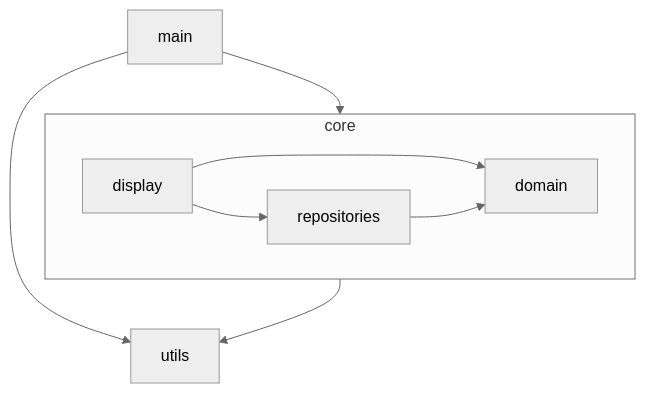
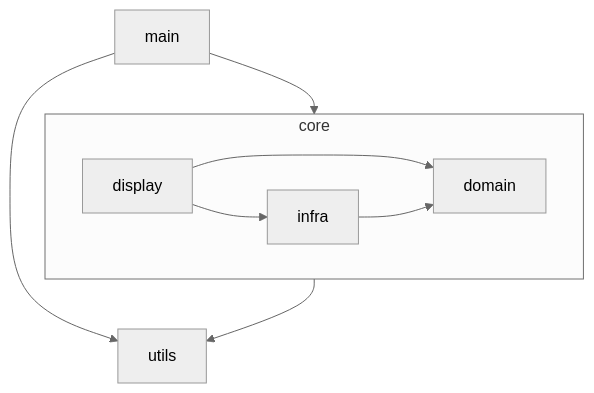
One commit to joaomelo/calystone changed the first of 2 diagrams in DEVELOPMENT.md. Above: the diagram before and after it, drawn with Mermaid (neutral theme). The commit also changed other lines of this file, not shown here.

Commit message:
docs: updates nomenclature

````diff
--- a/DEVELOPMENT.md
+++ b/DEVELOPMENT.md
@@ -7,17 +7,17 @@
 ```mermaid
 graph TD
   main
   subgraph core
     direction LR
     domain
     display
-    repositories
+    infra
   end
   utils
   main --> core
   display --> domain
-  display --> repositories
-  repositories --> domain
+  display --> infra
+  infra --> domain
   main --> utils
   core --> utils
 ```
````
